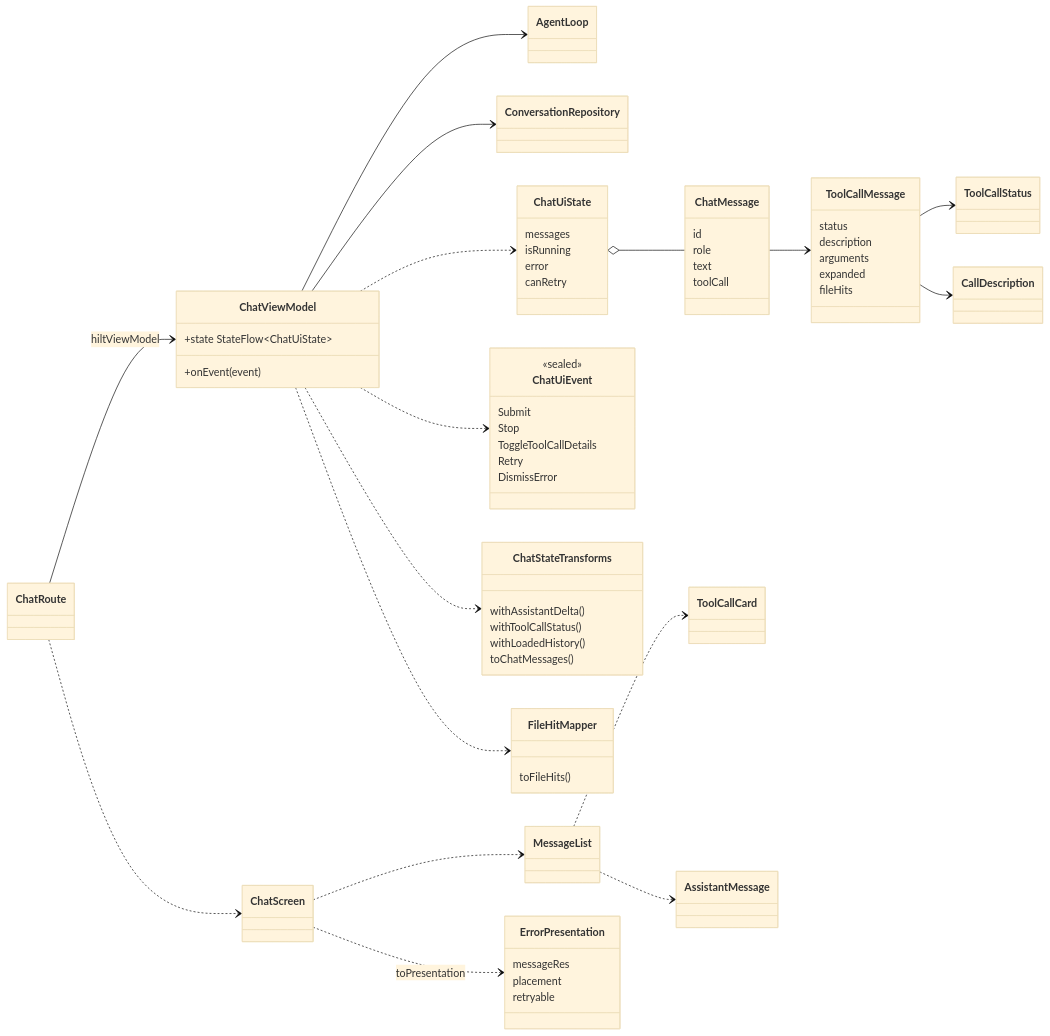
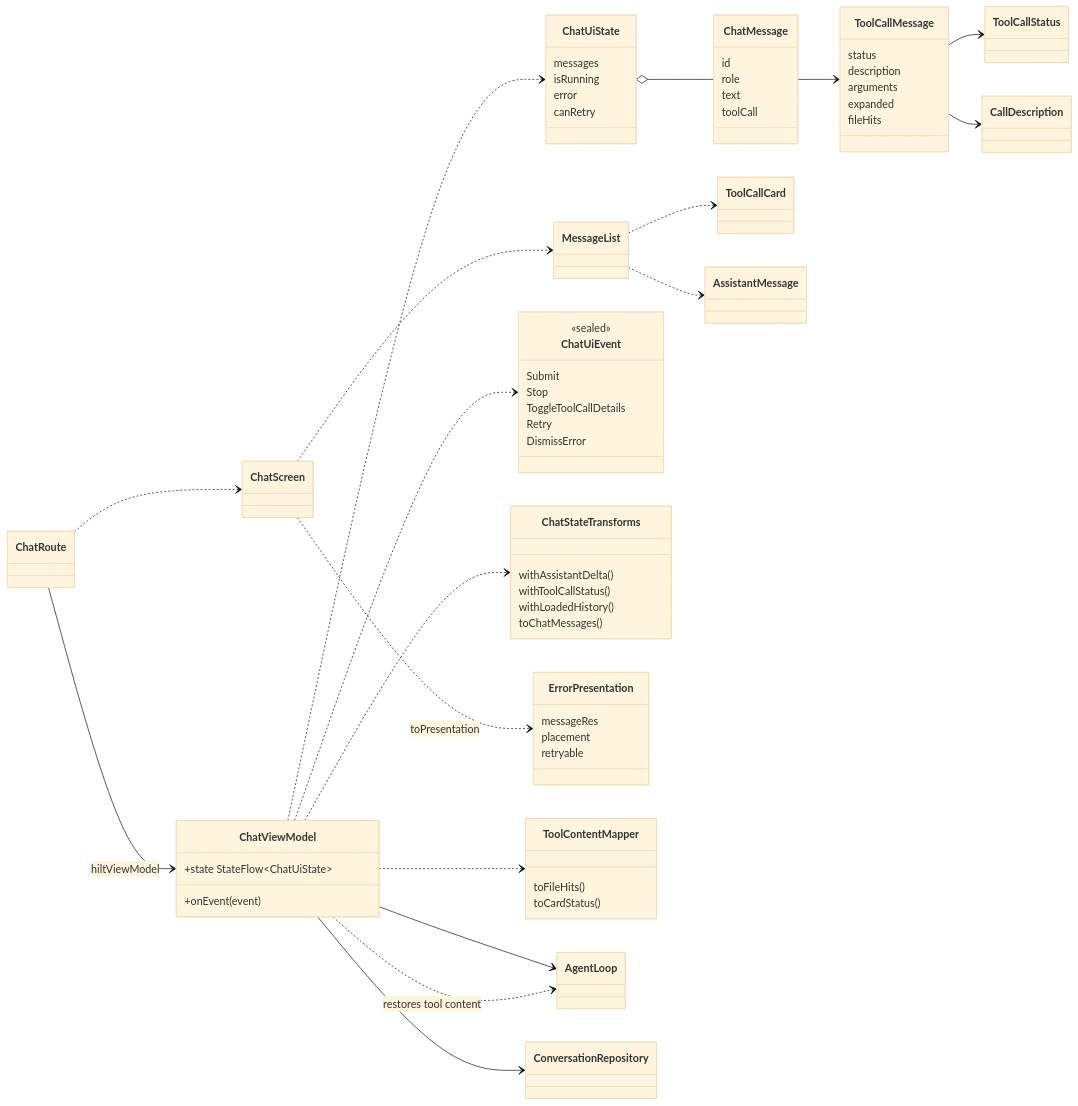
The second of 2 diagrams in docs/architecture/map-tools-app.md (ValievM/phone-agent), drawn with Mermaid (base theme) before and after one commit. The commit also changed other lines of this file and 25 other files, not shown here.

Commit message:
refactor(chat): render typed tool content

````diff
--- a/docs/architecture/map-tools-app.md
+++ b/docs/architecture/map-tools-app.md
@@ -62,68 +62,70 @@
 ```mermaid
 classDiagram
 direction LR
 class ChatRoute
 class ChatScreen
 class MessageList
 class ChatViewModel {
   +state StateFlow~ChatUiState~
   +onEvent(event)
 }
 class ChatUiState {
   messages
   isRunning
   error
   canRetry
 }
 class ChatMessage {
   id
   role
   text
   toolCall
 }
 class ToolCallMessage {
   status
   description
   arguments
   expanded
   fileHits
 }
 class ChatUiEvent {
   <<sealed>>
   Submit
   Stop
   ToggleToolCallDetails
   Retry
   DismissError
 }
 class ChatStateTransforms {
   withAssistantDelta()
   withToolCallStatus()
   withLoadedHistory()
   toChatMessages()
 }
 class ErrorPresentation {
   messageRes
   placement
   retryable
 }
-class FileHitMapper {
+class ToolContentMapper {
   toFileHits()
+  toCardStatus()
 }
 ChatRoute --> ChatViewModel : hiltViewModel
 ChatRoute ..> ChatScreen
 ChatScreen ..> MessageList
 ChatScreen ..> ErrorPresentation : toPresentation
 ChatViewModel --> AgentLoop
 ChatViewModel --> ConversationRepository
 ChatViewModel ..> ChatUiState
 ChatViewModel ..> ChatUiEvent
 ChatViewModel ..> ChatStateTransforms
-ChatViewModel ..> FileHitMapper
+ChatViewModel ..> ToolContentMapper
+ChatViewModel ..> AgentLoop : restores tool content
 ChatUiState o-- ChatMessage
 ChatMessage --> ToolCallMessage
 ToolCallMessage --> ToolCallStatus
 ToolCallMessage --> CallDescription
 MessageList ..> ToolCallCard
 MessageList ..> AssistantMessage
 ```
````
